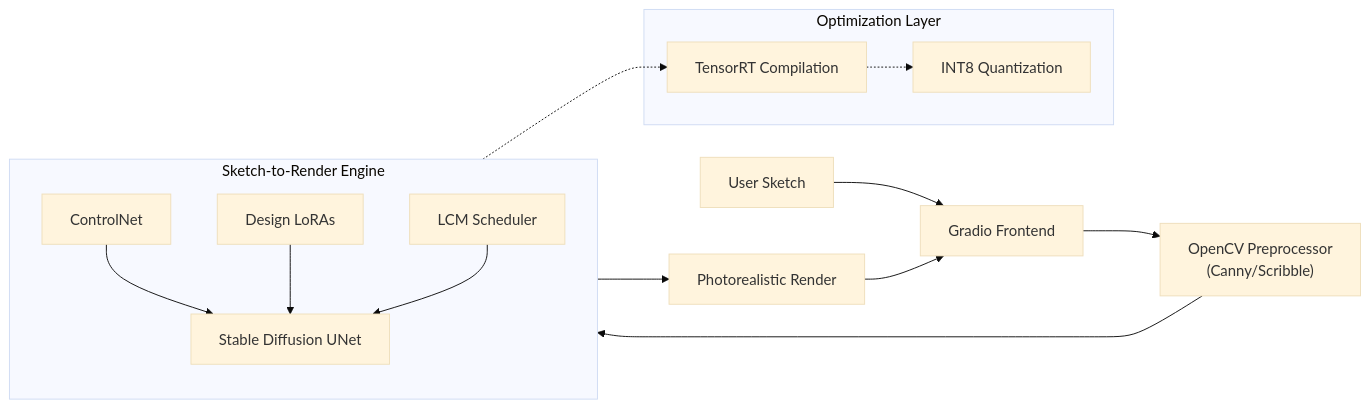
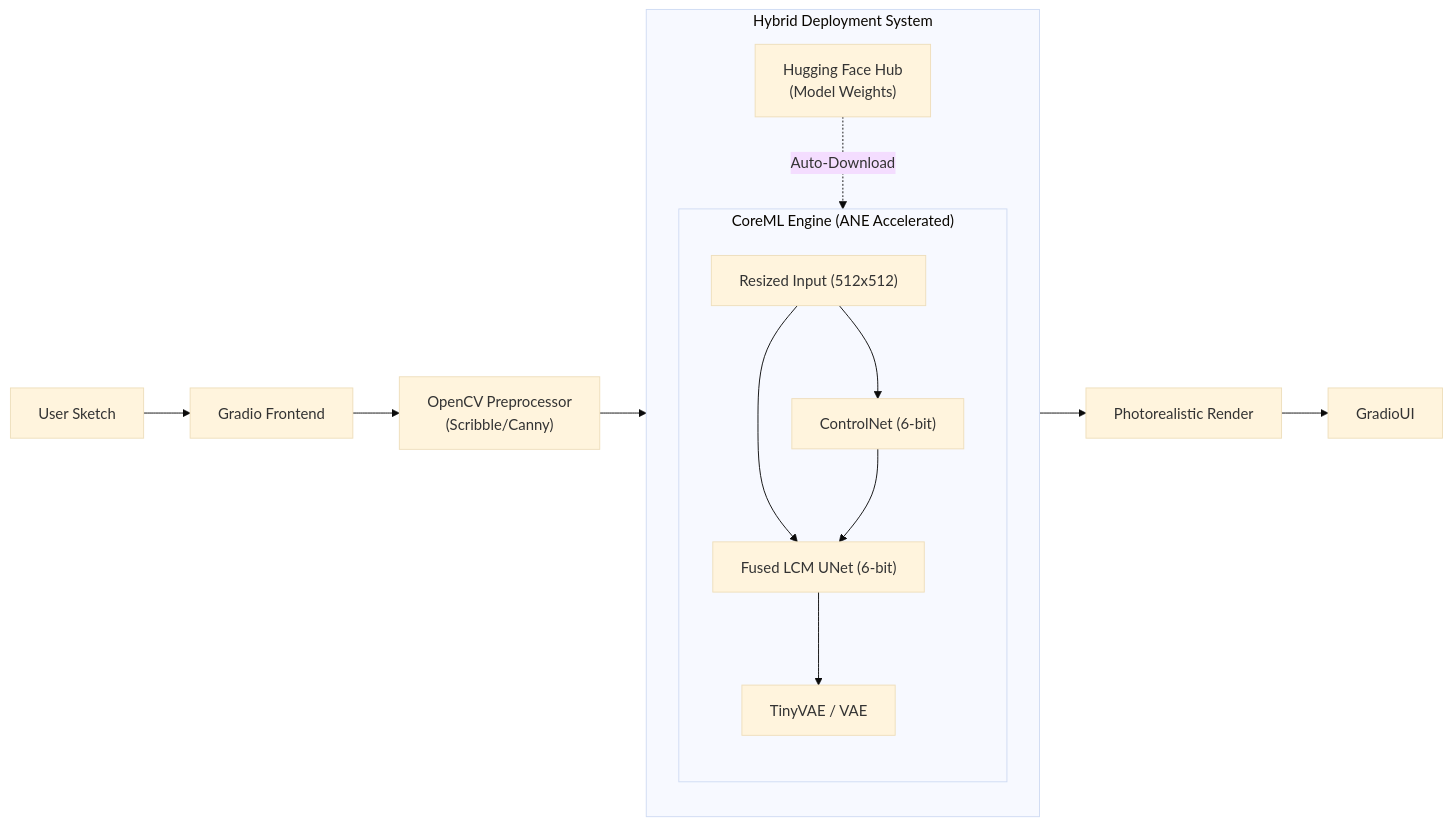
One commit to Tekraj15/Sketch-to-Render changed the diagram in README.md. Above: the diagram before and after it, drawn with Mermaid (base theme). The commit also changed other lines of this file, not shown here.

Commit message:
Updated architecture and edge optimization section

````diff
--- a/README.md
+++ b/README.md
@@ -20,29 +20,27 @@
 ```mermaid
 graph LR
     User["User Sketch"] --> UI["Gradio Frontend"]
-    UI --> Prep["OpenCV Preprocessor<br/>(Canny/Scribble)"]
-    Prep --> Engine["Sketch-to-Render Engine"]
+    UI --> Prep["OpenCV Preprocessor<br/>(Scribble/Canny)"]
     
-    subgraph Engine["Sketch-to-Render Engine"]
+    subgraph "Hybrid Deployment System"
         direction TB
-        CN["ControlNet"]
-        SD["Stable Diffusion UNet"]
-        LoRA["Design LoRAs"]
-        LCM["LCM Scheduler"]
+        HF["Hugging Face Hub<br/>(Model Weights)"] -.->|Auto-Download| Engine
         
-        CN --> SD
-        LoRA --> SD
-        LCM --> SD
+        subgraph Engine["CoreML Engine (ANE Accelerated)"]
+            direction TB
+            Input["Resized Input (512x512)"]
+            CN["ControlNet (6-bit)"]
+            UNet["Fused LCM UNet (6-bit)"]
+            VAE["TinyVAE / VAE"]
+            
+            Input --> CN
+            Input --> UNet
+            CN --> UNet
+            UNet --> VAE
+        end
     end
     
+    Prep --> Engine
     Engine --> Output["Photorealistic Render"]
-    Output --> UI
-    
-    subgraph "Optimization Layer"
-        TRT["TensorRT Compilation"]
-        Quant["INT8 Quantization"]
-    end
-    
-    SD -.-> TRT
-    TRT -.-> Quant
+    Output --> GradioUI
 ```
````
